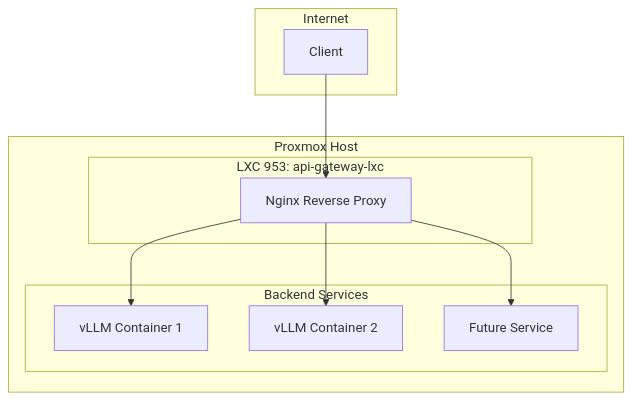
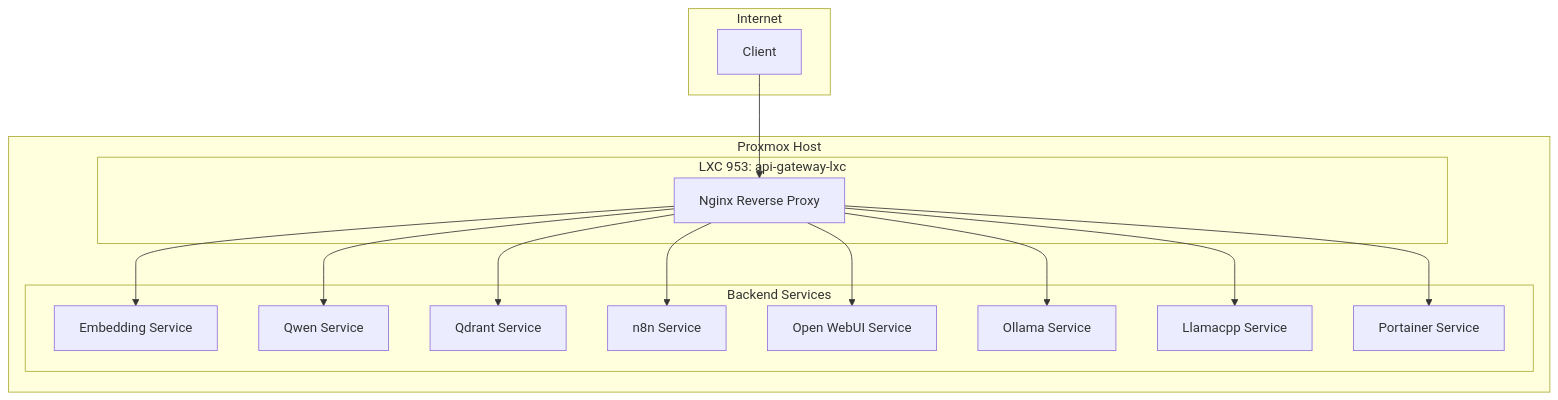
The diagram in Thinkheads.AI_docs/02_technical_strategy_and_architecture/07_lxc_953_api_gateway_architectural_plan.md (SirHeads/Testing-ideas), drawn with Mermaid before and after one commit. The commit also changed other lines of this file and 19 other files, not shown here.

````diff
--- a/Thinkheads.AI_docs/02_technical_strategy_and_architecture/07_lxc_953_api_gateway_architectural_plan.md
+++ b/Thinkheads.AI_docs/02_technical_strategy_and_architecture/07_lxc_953_api_gateway_architectural_plan.md
@@ -54,23 +54,33 @@
 ```mermaid
 graph TD
     subgraph "Internet"
         A[Client]
     end
 
     subgraph "Proxmox Host"
         subgraph "LXC 953: api-gateway-lxc"
             B[Nginx Reverse Proxy]
         end
 
         subgraph "Backend Services"
-            C[vLLM Container 1]
-            D[vLLM Container 2]
-            E[Future Service]
+            C[Embedding Service]
+            D[Qwen Service]
+            E[Qdrant Service]
+            F[n8n Service]
+            G[Open WebUI Service]
+            H[Ollama Service]
+            I[Llamacpp Service]
+            J[Portainer Service]
         end
     end
 
     A --> B
     B --> C
     B --> D
     B --> E
+    B --> F
+    B --> G
+    B --> H
+    B --> I
+    B --> J
 ```
````
